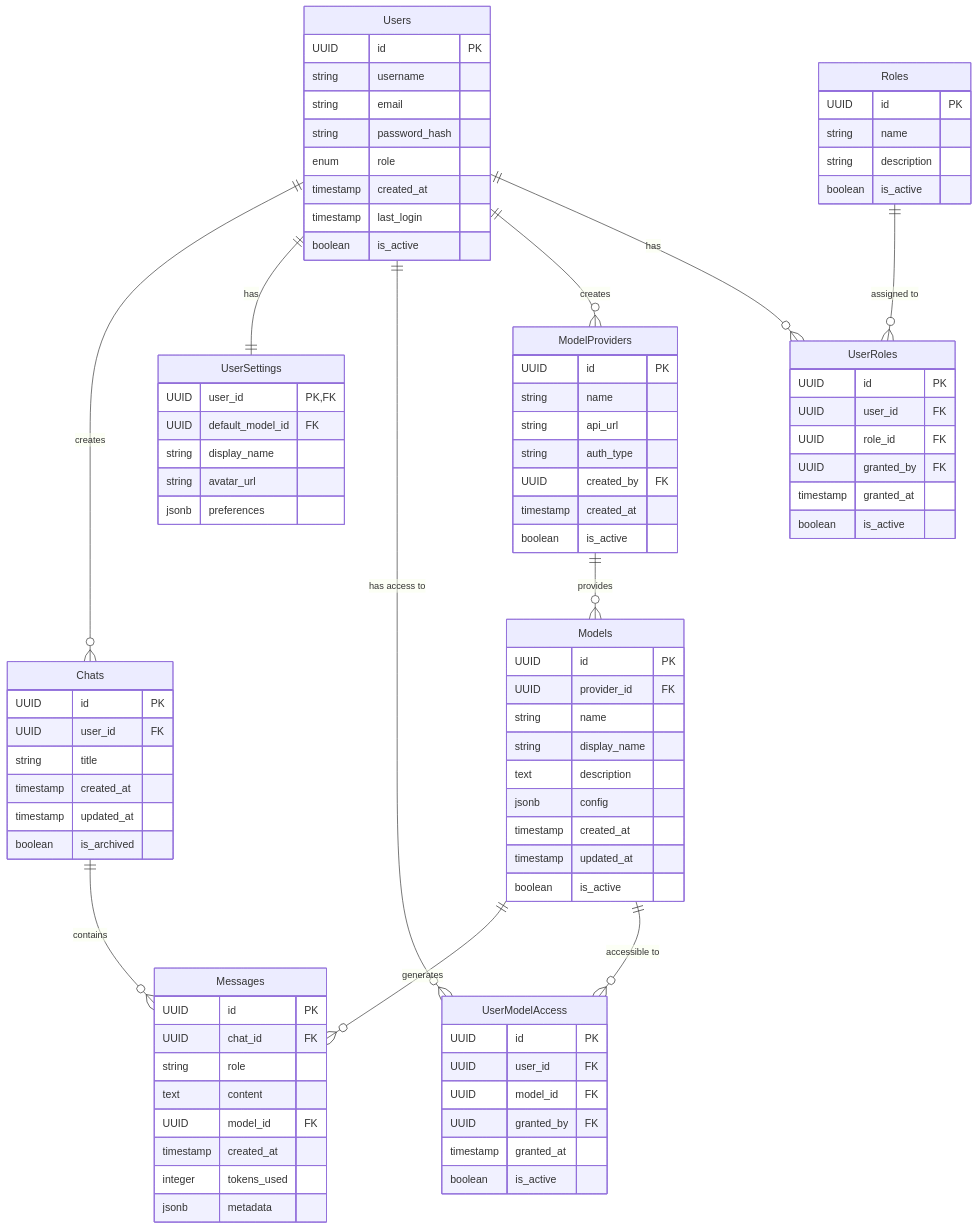
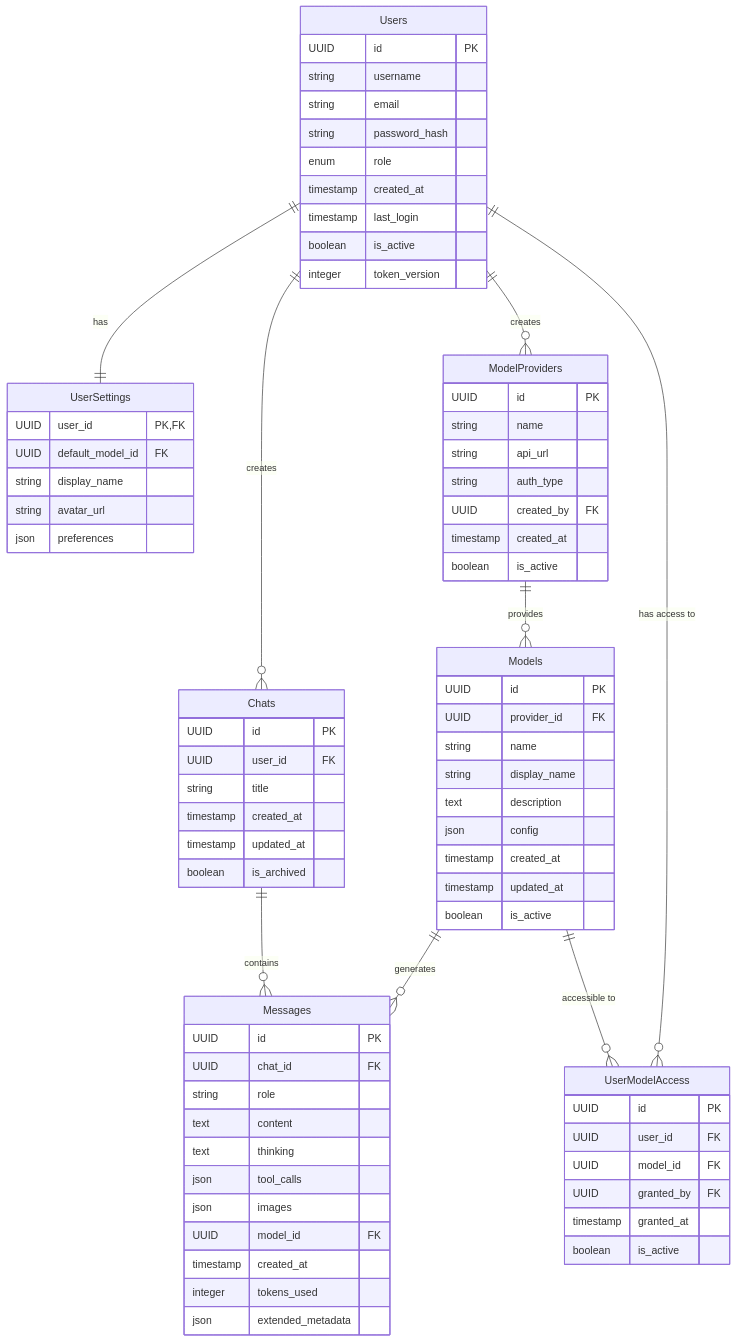
The diagram in backend/DATABASE.md (R-udren/rovertAIChat), drawn with Mermaid before and after one commit. The commit also changed other lines of this file, not shown here.

```diff
--- a/backend/DATABASE.md
+++ b/backend/DATABASE.md
@@ -116,8 +100,6 @@
     Users ||--|| UserSettings : "has"
     Users ||--o{ UserModelAccess : "has access to"
     Users ||--o{ ModelProviders : "creates"
-    Users ||--o{ UserRoles : "has"
-    Roles ||--o{ UserRoles : "assigned to"
 
     ModelProviders ||--o{ Models : "provides"
 
@@ -135,22 +117,7 @@
         timestamp created_at
         timestamp last_login
         boolean is_active
-    }
-
-    Roles {
-        UUID id PK
-        string name
-        string description
-        boolean is_active
-    }
-
-    UserRoles {
-        UUID id PK
-        UUID user_id FK
-        UUID role_id FK
-        UUID granted_by FK
-        timestamp granted_at
-        boolean is_active
+        integer token_version
     }
 
     ModelProviders {
@@ -169,7 +136,7 @@
         string name
         string display_name
         text description
-        jsonb config
+        json config
         timestamp created_at
         timestamp updated_at
         boolean is_active
@@ -189,10 +156,13 @@
         UUID chat_id FK
         string role
         text content
+        text thinking
+        json tool_calls
+        json images
         UUID model_id FK
         timestamp created_at
         integer tokens_used
-        jsonb metadata
+        json extended_metadata
     }
 
     UserSettings {
@@ -200,7 +170,7 @@
         UUID default_model_id FK
         string display_name
         string avatar_url
-        jsonb preferences
+        json preferences
     }
 
     UserModelAccess {
```
